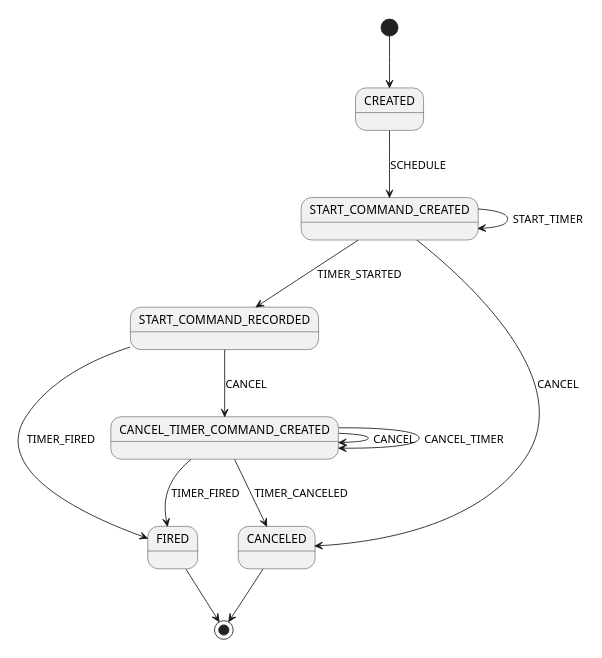
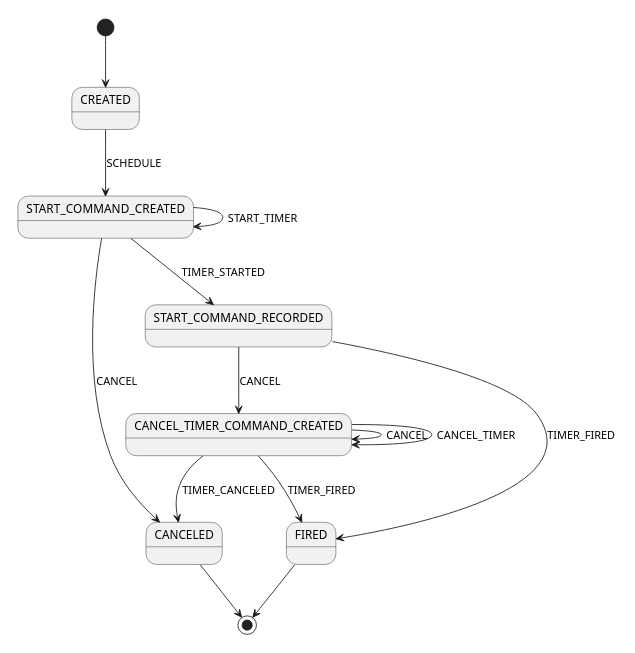
One commit to temporalio/sdk-java changed the diagram in src/main/java/io/temporal/internal/statemachines/TimerStateMachine.puml. Above: the diagram before and after it, drawn with PlantUML. The commit also changed other lines of this file and 17 other files, not shown here.

Commit message:
Sort of the PlantUML diagrams

```diff
--- a/src/main/java/io/temporal/internal/statemachines/TimerStateMachine.puml
+++ b/src/main/java/io/temporal/internal/statemachines/TimerStateMachine.puml
@@ -23,16 +23,16 @@
 @startuml
 scale 350 width
 [*] --> CREATED
+CANCEL_TIMER_COMMAND_CREATED --> CANCEL_TIMER_COMMAND_CREATED: CANCEL
+CANCEL_TIMER_COMMAND_CREATED --> CANCELED: TIMER_CANCELED
+CANCEL_TIMER_COMMAND_CREATED --> CANCEL_TIMER_COMMAND_CREATED: CANCEL_TIMER
+CANCEL_TIMER_COMMAND_CREATED --> FIRED: TIMER_FIRED
 CREATED --> START_COMMAND_CREATED: SCHEDULE
 START_COMMAND_CREATED --> START_COMMAND_CREATED: START_TIMER
 START_COMMAND_CREATED --> START_COMMAND_RECORDED: TIMER_STARTED
 START_COMMAND_CREATED --> CANCELED: CANCEL
 START_COMMAND_RECORDED --> FIRED: TIMER_FIRED
 START_COMMAND_RECORDED --> CANCEL_TIMER_COMMAND_CREATED: CANCEL
-CANCEL_TIMER_COMMAND_CREATED --> CANCEL_TIMER_COMMAND_CREATED: CANCEL
-CANCEL_TIMER_COMMAND_CREATED --> CANCELED: TIMER_CANCELED
-CANCEL_TIMER_COMMAND_CREATED --> CANCEL_TIMER_COMMAND_CREATED: CANCEL_TIMER
-CANCEL_TIMER_COMMAND_CREATED --> FIRED: TIMER_FIRED
 FIRED --> [*]
 CANCELED --> [*]
 @enduml
```
